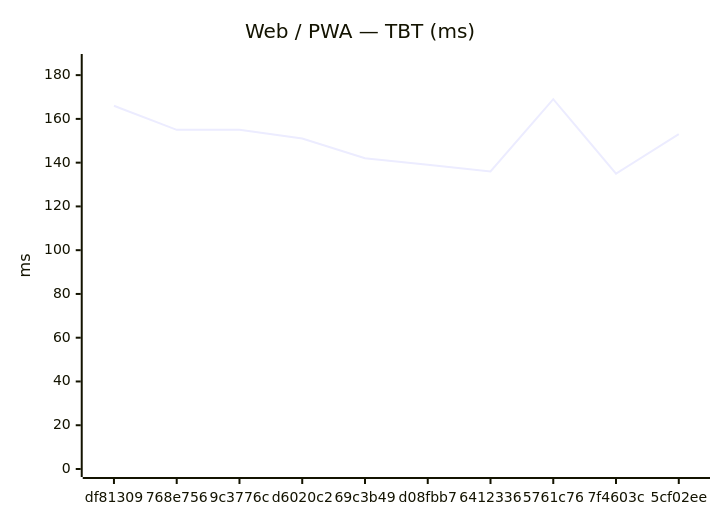
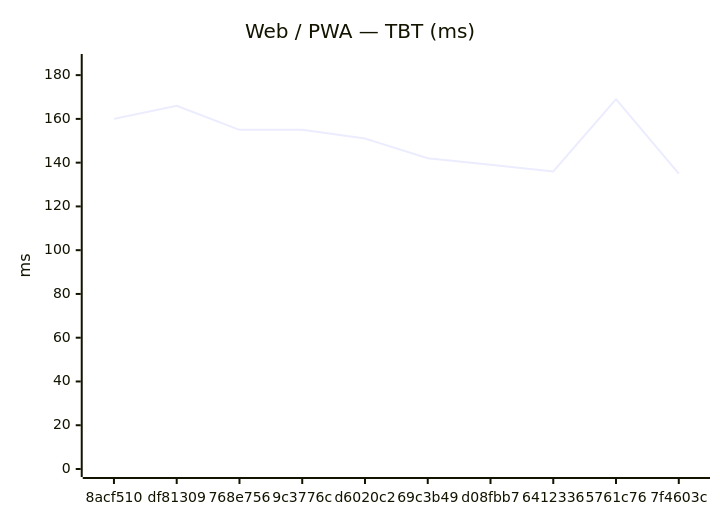
The second of 18 diagrams in benchmarks/compare.md (Metaheurist/Rianell), drawn with Mermaid before and after one commit. The commit also changed other lines of this file and 11 other files, not shown here.

````diff
--- a/benchmarks/compare.md
+++ b/benchmarks/compare.md
@@ -31,7 +31,7 @@
 ```mermaid
 xychart-beta
     title "Web / PWA — TBT (ms)"
-    x-axis ["df81309", "768e756", "9c3776c", "d6020c2", "69c3b49", "d08fbb7", "6412336", "5761c76", "7f4603c", "5cf02ee"]
+    x-axis ["8acf510", "df81309", "768e756", "9c3776c", "d6020c2", "69c3b49", "d08fbb7", "6412336", "5761c76", "7f4603c"]
     y-axis "ms" 0 --> 186
-    line [166, 155, 155, 151, 142, 139, 136, 169, 135, 153]
+    line [160, 166, 155, 155, 151, 142, 139, 136, 169, 135]
 ```
````
